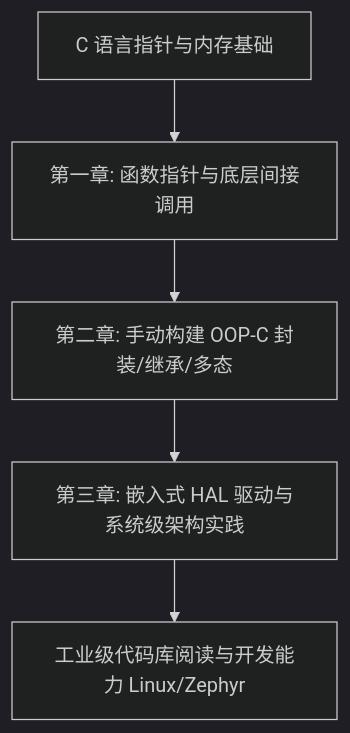
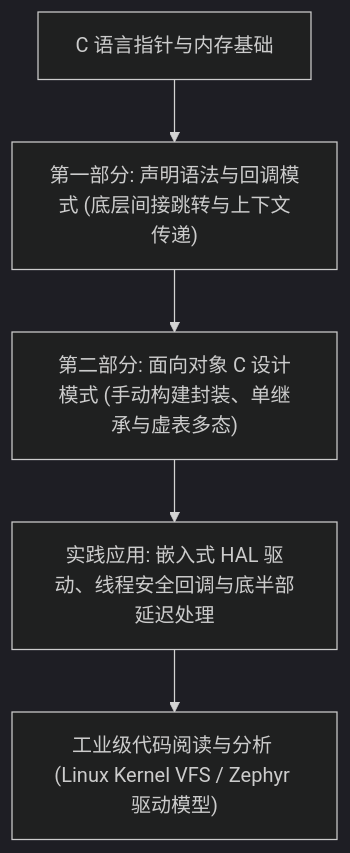
One commit to hengvvang/blog changed the diagram in posts/c/pointers/oop_c/src/README.md. Above: the diagram before and after it, drawn with Mermaid (dark theme). The commit also changed other lines of this file and 139 other files, not shown here.

````diff
--- a/posts/c/pointers/oop_c/src/README.md
+++ b/posts/c/pointers/oop_c/src/README.md
@@ -48,7 +58,7 @@
 ```mermaid
 graph TD
-    A[C 语言指针与内存基础] --> B[第一章: 函数指针与底层间接调用]
-    B --> C[第二章: 手动构建 OOP-C 封装/继承/多态]
-    C --> D[第三章: 嵌入式 HAL 驱动与系统级架构实践]
-    D --> E[工业级代码库阅读与开发能力 Linux/Zephyr]
+    A["C 语言指针与内存基础"] --> B["第一部分: 声明语法与回调模式 (底层间接跳转与上下文传递)"]
+    B --> C["第二部分: 面向对象 C 设计模式 (手动构建封装、单继承与虚表多态)"]
+    C --> D["实践应用: 嵌入式 HAL 驱动、线程安全回调与底半部延迟处理"]
+    D --> E["工业级代码阅读与分析 (Linux Kernel VFS / Zephyr 驱动模型)"]
 ```
````
